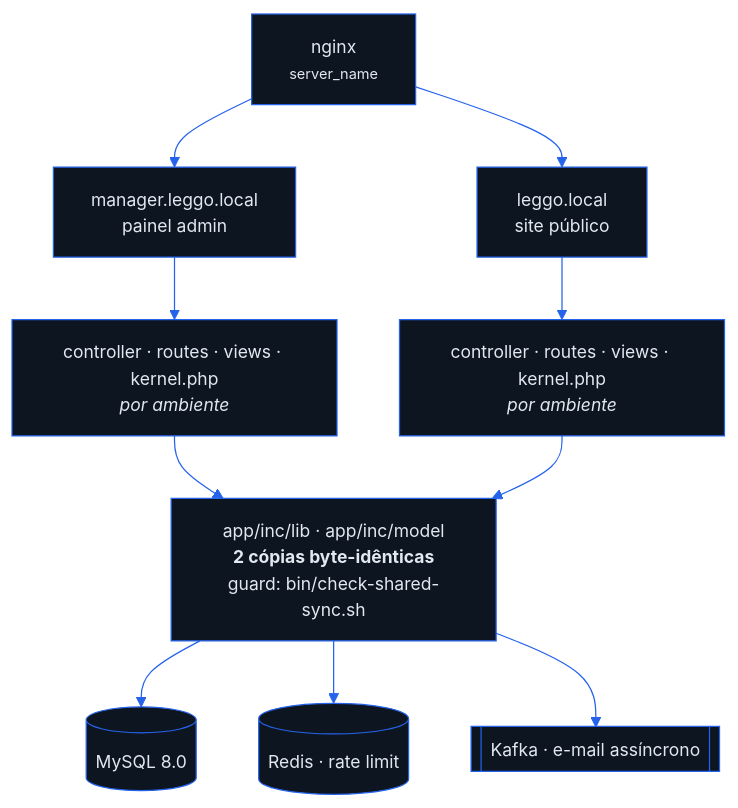
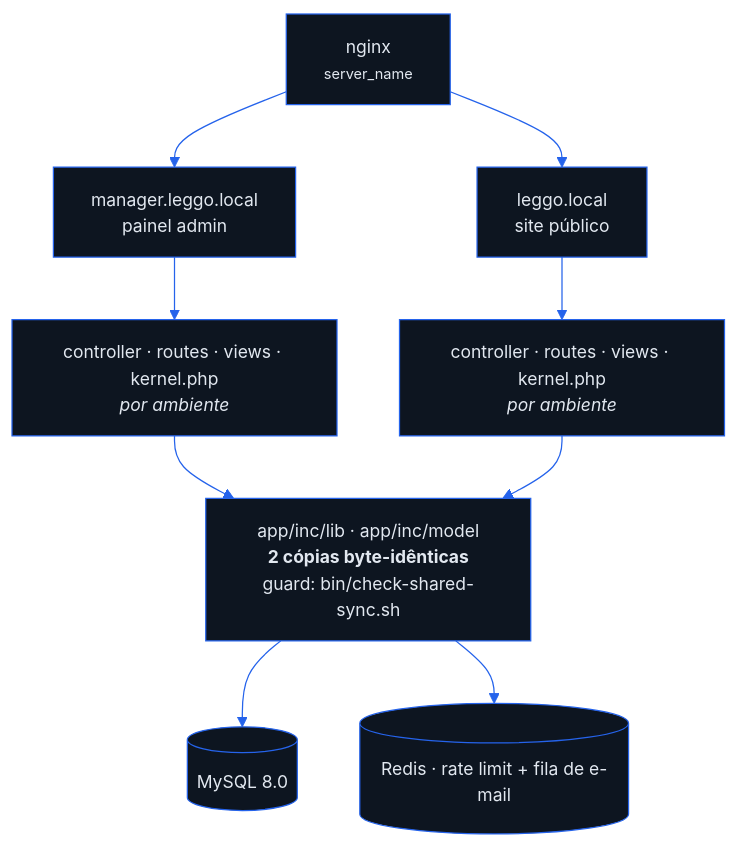
One commit to cehdoliveira/leggo changed the first of 2 diagrams in README.md. Above: the diagram before and after it, drawn with Mermaid. The commit also changed other lines of this file and 2 other files, not shown here.

First line of the commit message:
docs: atualiza AGENTS.md, README.md e home.php para Redis Streams

````diff
--- a/README.md
+++ b/README.md
@@ -64,13 +63,12 @@
 ```mermaid
 %%{init: {'theme':'base','themeVariables':{'primaryColor':'#0d1520','primaryTextColor':'#e2e8f0','primaryBorderColor':'#2563eb','lineColor':'#2563eb','fontSize':'14px'}}}%%
 flowchart TD
     N["nginx<br/><small>server_name</small>"] --> M["manager.leggo.local<br/>painel admin"]
     N --> S["leggo.local<br/>site público"]
     M --> MC["controller · routes · views · kernel.php<br/><i>por ambiente</i>"]
     S --> SC["controller · routes · views · kernel.php<br/><i>por ambiente</i>"]
     MC --> L["app/inc/lib · app/inc/model<br/><b>2 cópias byte-idênticas</b><br/>guard: bin/check-shared-sync.sh"]
     SC --> L
     L --> DB[("MySQL 8.0")]
-    L --> R[("Redis · rate limit")]
-    L --> K[["Kafka · e-mail assíncrono"]]
+    L --> R[("Redis · rate limit + fila de e-mail")]
 ```
````
